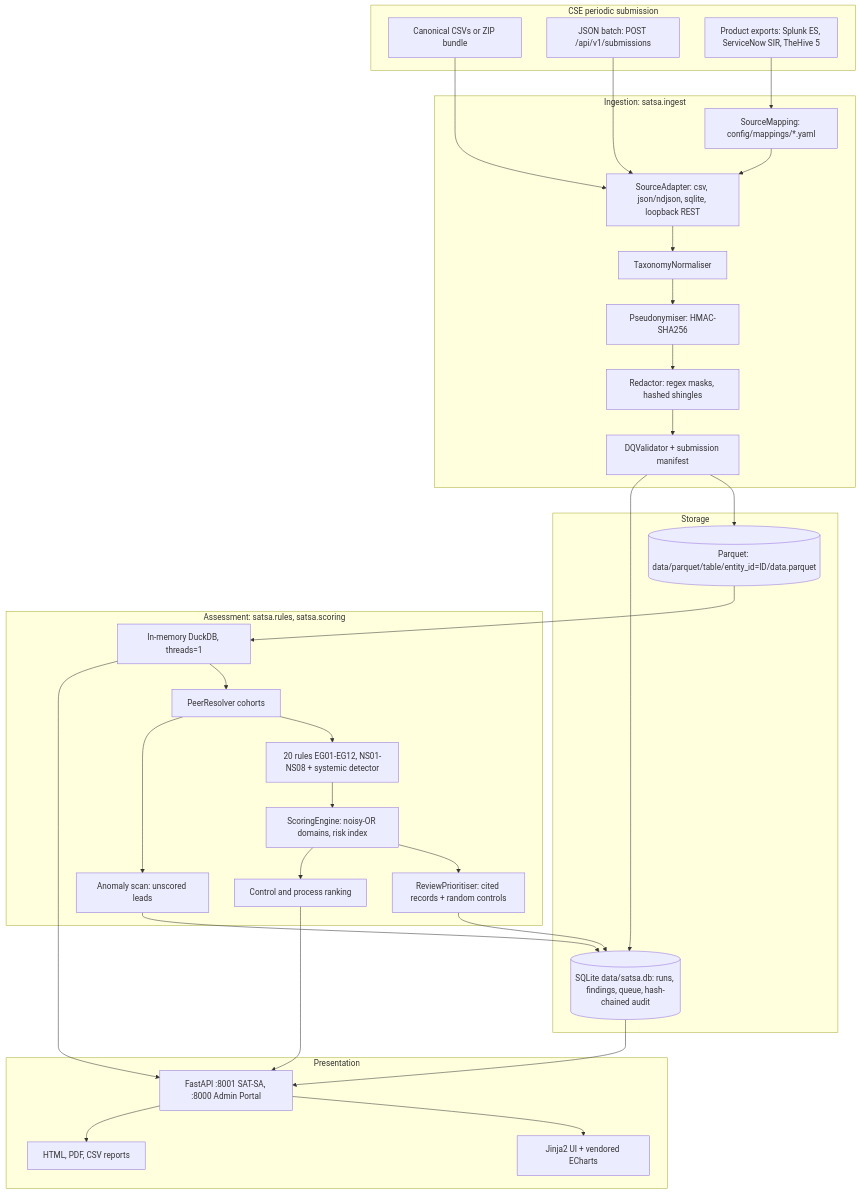
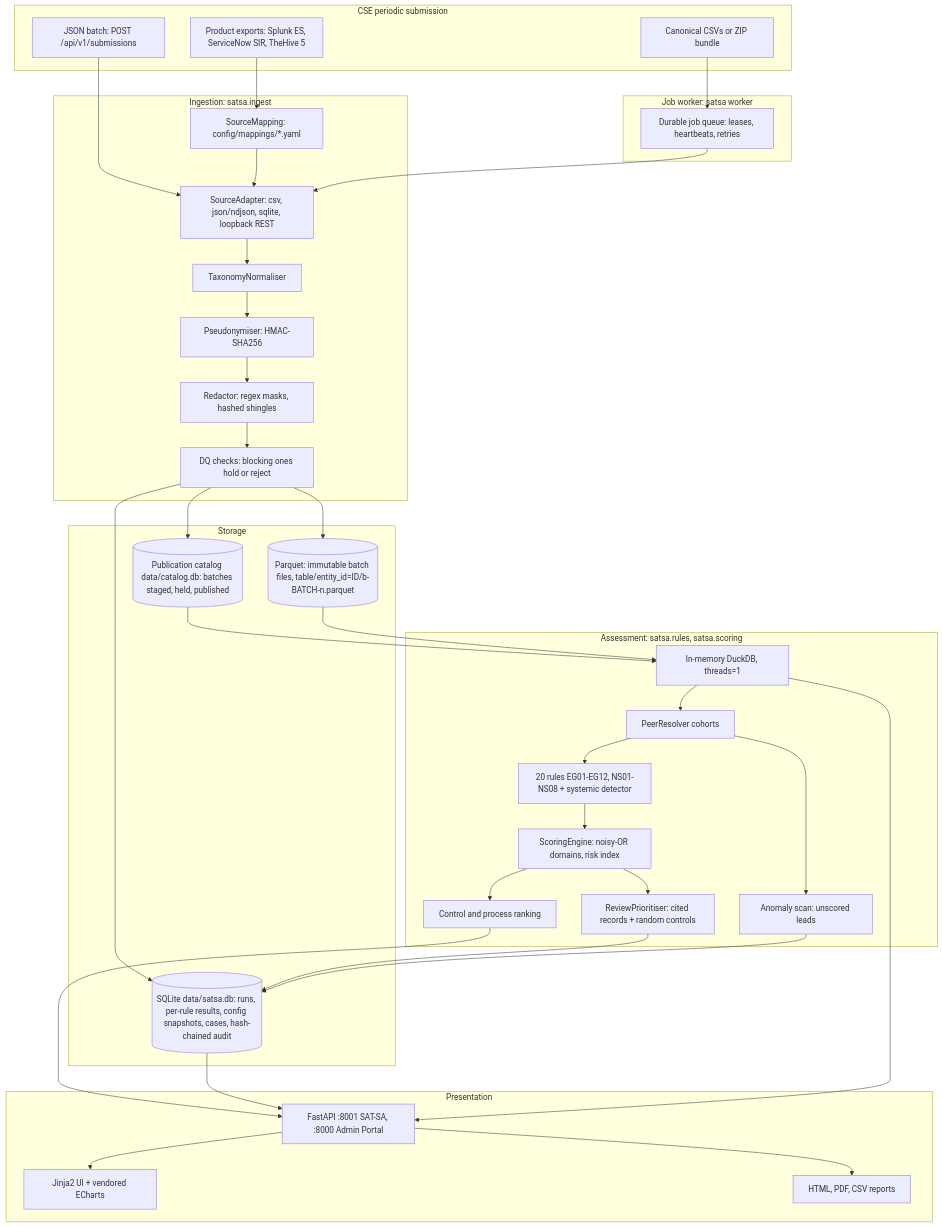
One commit to KenithKMS56/Supervisory-Analytics-Tool-for-SOC-Assessment-SAT-SA changed the first of 2 diagrams in docs/architecture.md. Above: the diagram before and after it, drawn with Mermaid. The commit also changed other lines of this file and 8 other files, not shown here.

````diff
--- a/docs/architecture.md
+++ b/docs/architecture.md
@@ -24,52 +24,60 @@
 ```mermaid
 flowchart TD
     subgraph Sources [CSE periodic submission]
         S1[Canonical CSVs or ZIP bundle]
         S2[JSON batch: POST /api/v1/submissions]
         S3[Product exports: Splunk ES, ServiceNow SIR, TheHive 5]
     end
 
     subgraph Ingest [Ingestion: satsa.ingest]
         AD[SourceAdapter: csv, json/ndjson, sqlite, loopback REST]
         MAP[SourceMapping: config/mappings/*.yaml]
         NORM[TaxonomyNormaliser]
         PSEUDO[Pseudonymiser: HMAC-SHA256]
         REDACT[Redactor: regex masks, hashed shingles]
-        DQ[DQValidator + submission manifest]
+        DQ[DQ checks: blocking ones hold or reject]
+    end
+
+    subgraph Jobs [Job worker: satsa worker]
+        JOBQ[Durable job queue: leases, heartbeats, retries]
     end
 
     subgraph Storage [Storage]
-        PQ[(Parquet: data/parquet/table/entity_id=ID/data.parquet)]
-        SQLITE[(SQLite data/satsa.db: runs, findings, queue, hash-chained audit)]
+        PQ[(Parquet: immutable batch files, table/entity_id=ID/b-BATCH-n.parquet)]
+        CAT[(Publication catalog data/catalog.db: batches staged, held, published)]
+        SQLITE[(SQLite data/satsa.db: runs, per-rule results, config snapshots, cases, hash-chained audit)]
     end
 
     subgraph Core [Assessment: satsa.rules, satsa.scoring]
         DUCK[In-memory DuckDB, threads=1]
         PEERS[PeerResolver cohorts]
         RULES[20 rules EG01-EG12, NS01-NS08 + systemic detector]
         SCORER[ScoringEngine: noisy-OR domains, risk index]
         QUEUE[ReviewPrioritiser: cited records + random controls]
         SCAN[Anomaly scan: unscored leads]
         PRIO[Control and process ranking]
     end
 
     subgraph Present [Presentation]
         API[FastAPI :8001 SAT-SA, :8000 Admin Portal]
         UI[Jinja2 UI + vendored ECharts]
         REP[HTML, PDF, CSV reports]
     end
 
-    S1 --> AD
+    S1 --> JOBQ
     S2 --> AD
     S3 --> MAP --> AD
+    JOBQ --> AD
     AD --> NORM --> PSEUDO --> REDACT --> DQ
     DQ --> PQ
+    DQ --> CAT
     DQ --> SQLITE
+    CAT --> DUCK
     PQ --> DUCK --> PEERS --> RULES --> SCORER --> QUEUE --> SQLITE
     PEERS --> SCAN --> SQLITE
     SCORER --> PRIO --> API
     SQLITE --> API
     DUCK --> API
     API --> UI
     API --> REP
 ```
````
